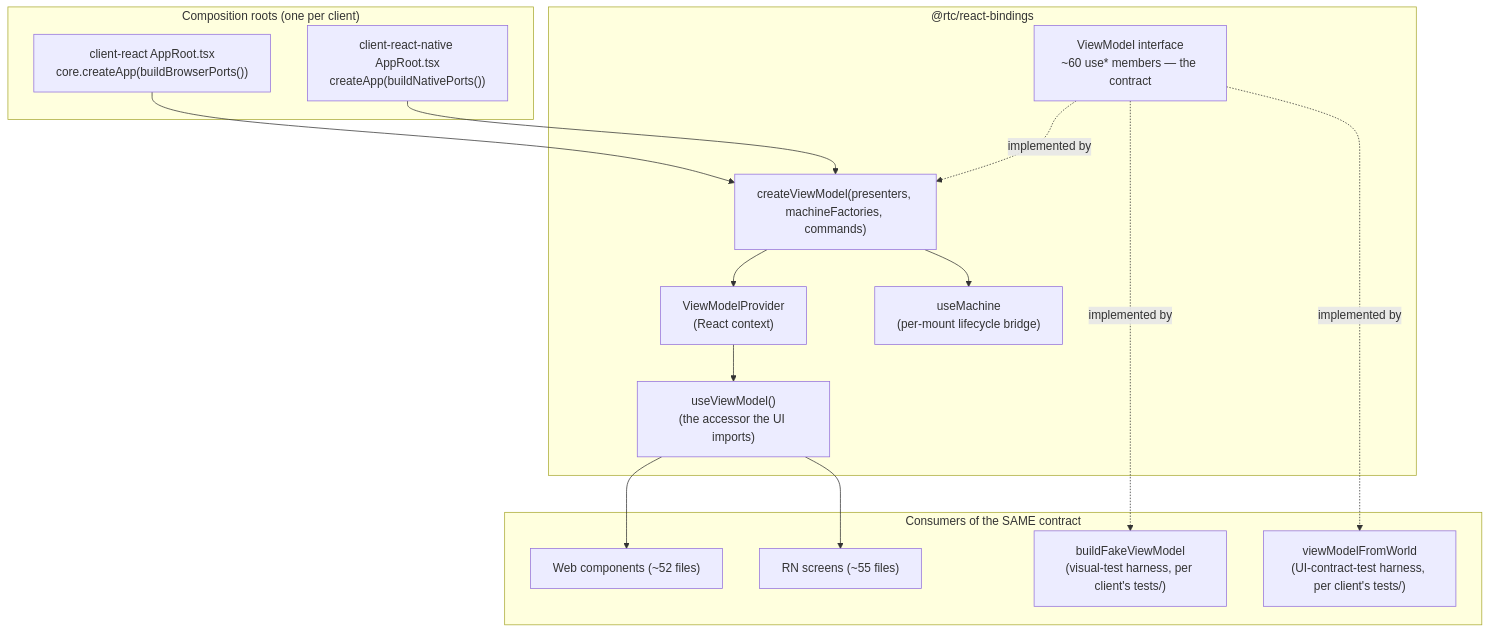
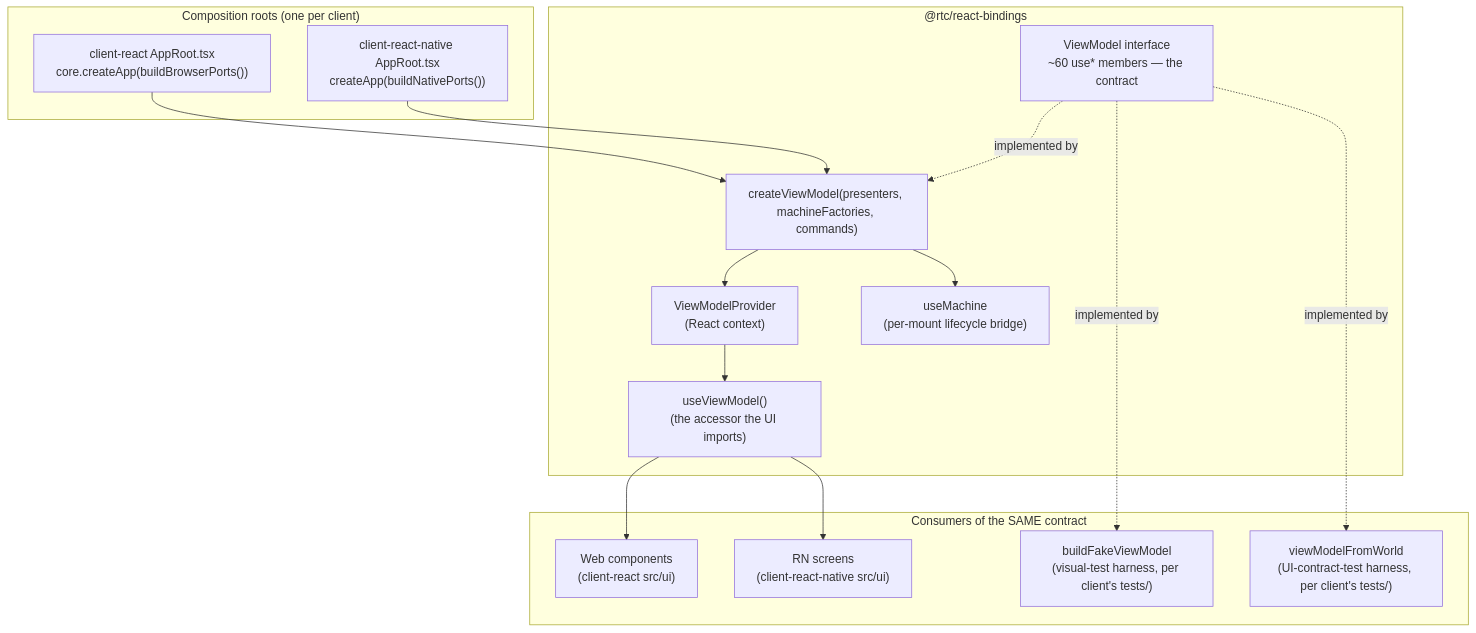
Before and after one commit to bettersoftware-io/ReactiveTraderCloudClone: diagram 11 of 11 in docs/architecture/03-uml-class-diagrams.md, drawn with Mermaid. The commit also changed other lines of this file and 7 other files, not shown here.

First line of the commit message:
docs(architecture): fix round 1 on the structure chapters

````diff
--- a/docs/architecture/03-uml-class-diagrams.md
+++ b/docs/architecture/03-uml-class-diagrams.md
@@ -590,33 +590,33 @@
 ```mermaid
 flowchart TB
     subgraph bindings["@rtc/react-bindings"]
         VMtype["ViewModel interface<br/>~60 use* members — the contract"]
         factory["createViewModel(presenters, machineFactories, commands)"]
         provider["ViewModelProvider<br/>(React context)"]
         accessor["useViewModel()<br/>(the accessor the UI imports)"]
         um["useMachine<br/>(per-mount lifecycle bridge)"]
     end
 
     subgraph roots["Composition roots (one per client)"]
         webRoot["client-react AppRoot.tsx<br/>core.createApp(buildBrowserPorts())"]
         rnRoot["client-react-native AppRoot.tsx<br/>createApp(buildNativePorts())"]
     end
 
     subgraph consumers["Consumers of the SAME contract"]
-        webUI["Web components (~52 files)"]
-        rnUI["RN screens (~55 files)"]
+        webUI["Web components<br/>(client-react src/ui)"]
+        rnUI["RN screens<br/>(client-react-native src/ui)"]
         fakeVm["buildFakeViewModel<br/>(visual-test harness, per client's tests/)"]
         worldVm["viewModelFromWorld<br/>(UI-contract-test harness, per client's tests/)"]
     end
 
     webRoot --> factory
     rnRoot --> factory
     factory --> provider
     provider --> accessor
     factory --> um
     accessor --> webUI
     accessor --> rnUI
     VMtype -.implemented by.-> factory
     VMtype -.implemented by.-> fakeVm
     VMtype -.implemented by.-> worldVm
 ```
````
